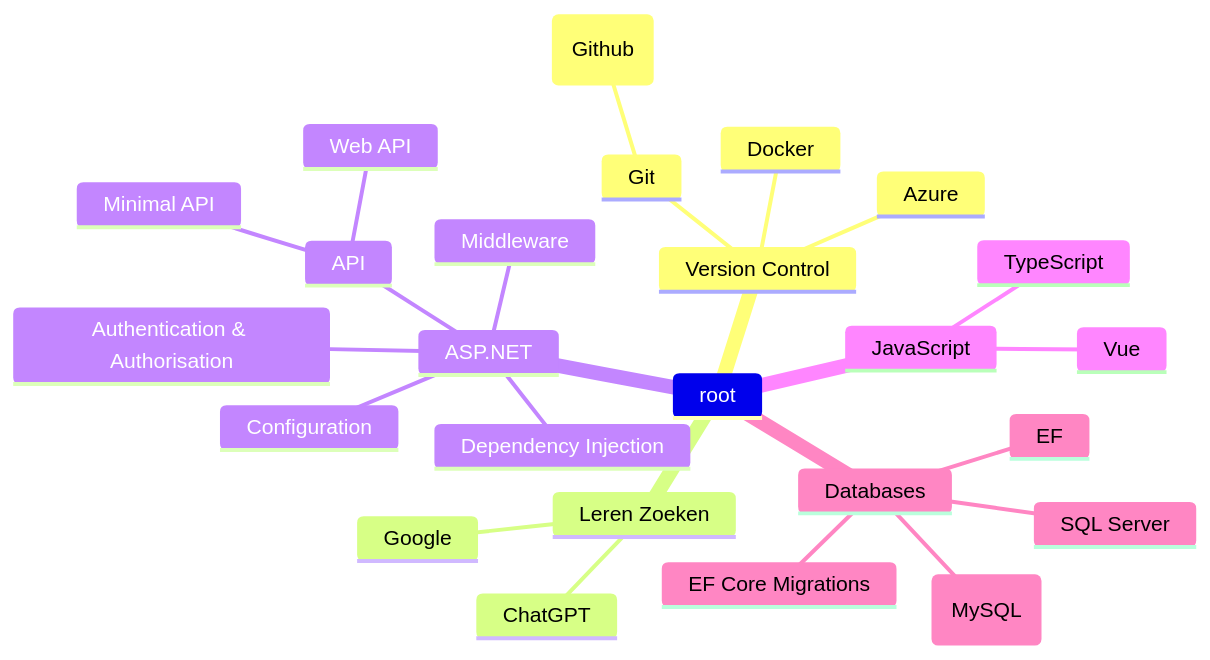
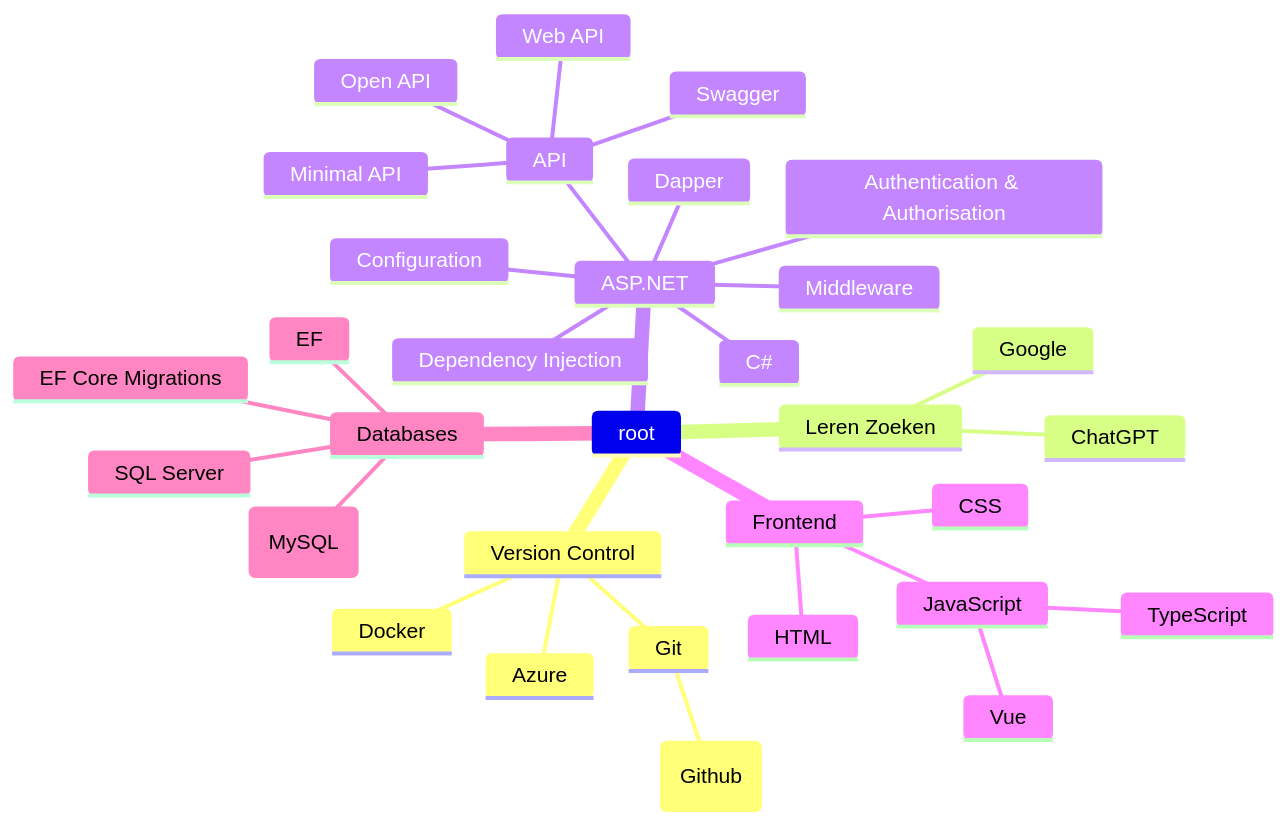
The second of 2 diagrams in README.md (Jolntie/POP), drawn with Mermaid before and after one commit.

````diff
--- a/README.md
+++ b/README.md
@@ -11,28 +11,35 @@
 ```mermaid
 mindmap
         root
                 Version Control
                         Git
                                 (Github)
                         Docker
                         Azure
                 Leren Zoeken
                         ChatGPT
                         Google
                 ASP.NET
+                        C#
+                        Dapper
                         Middleware
                         Dependency Injection
                         Configuration
                         Authentication & Authorisation
                         API
                                 Web API
                                 Minimal API
-                JavaScript
-                        Vue
-                        TypeScript
+                                Open API
+                                Swagger
+                Frontend
+                        HTML
+                        CSS
+                        JavaScript
+                                Vue
+                                TypeScript
                 Databases
                         SQL Server
                         (MySQL)
                         EF
                         EF Core Migrations
 ```
````
